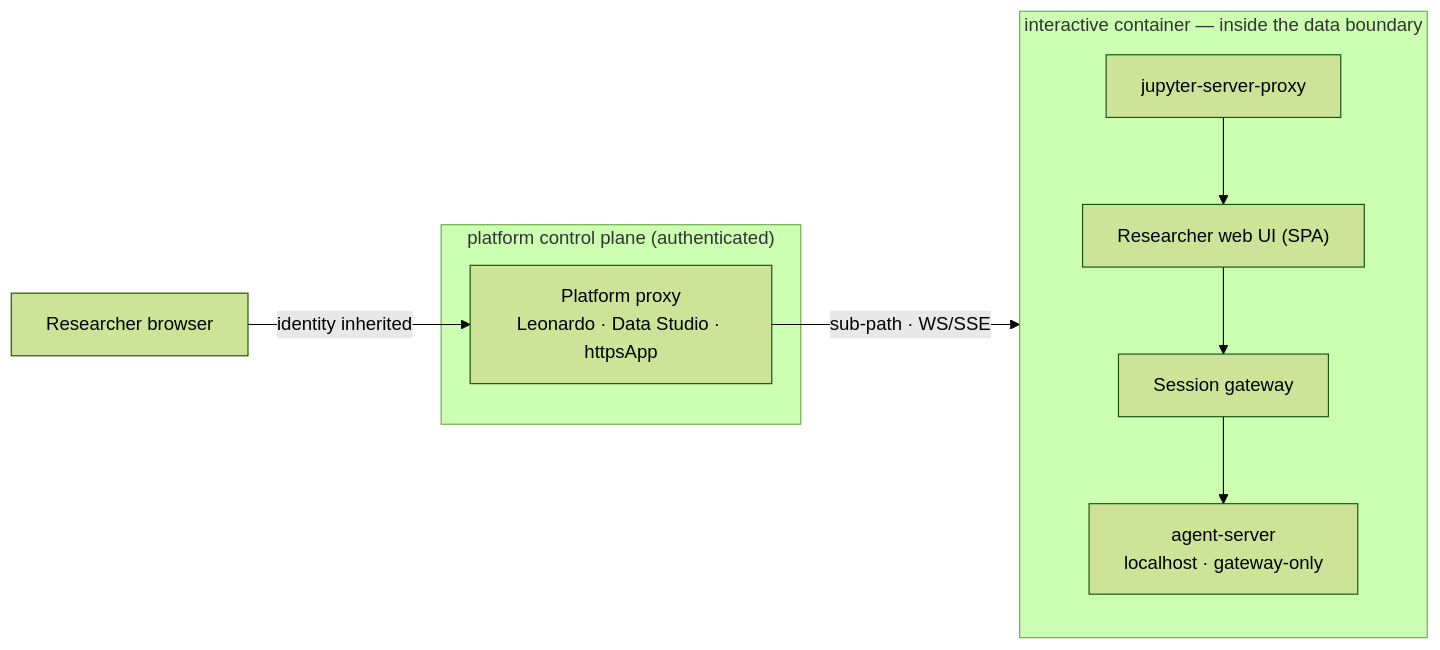
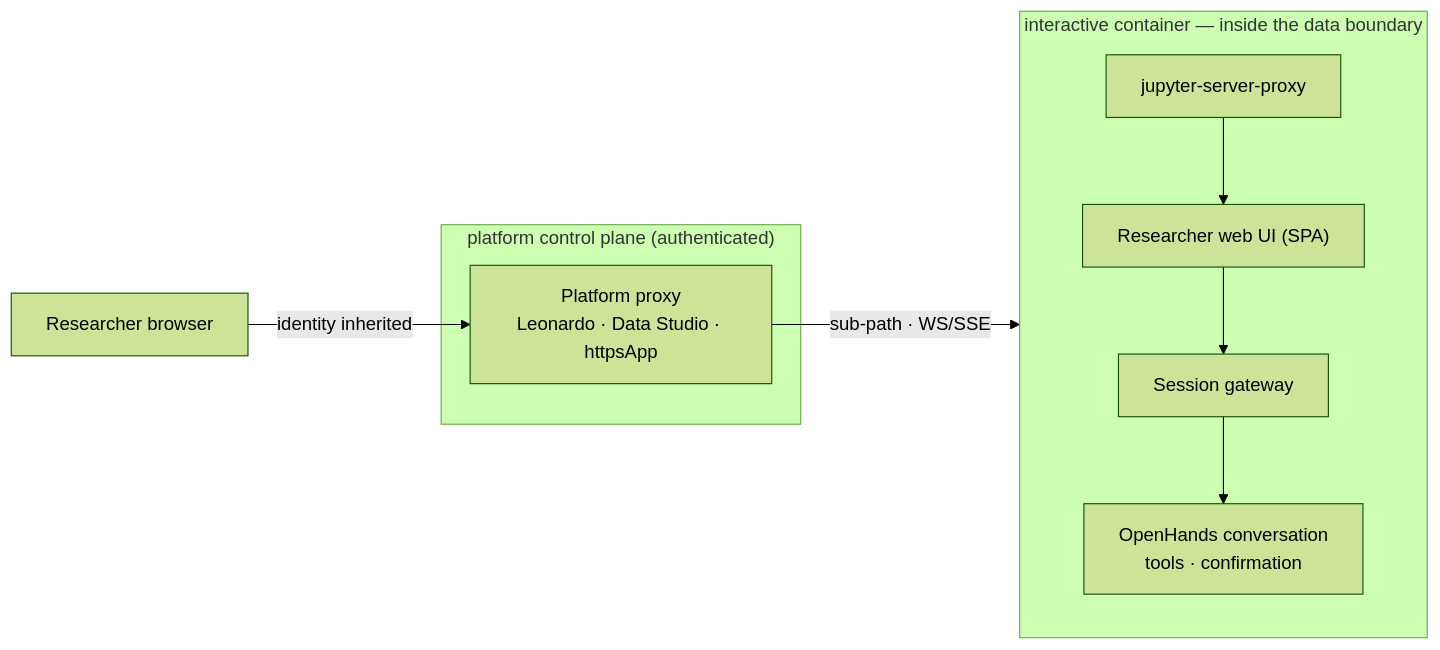
The diagram in design/02-platforms.md (SchmiedmayerLab/heartwood), drawn with Mermaid (forest theme) before and after one commit. The commit also changed other lines of this file and 131 other files, not shown here.

````diff
--- a/design/02-platforms.md
+++ b/design/02-platforms.md
@@ -51,19 +57,19 @@
 ```mermaid
 flowchart LR
     B["Researcher browser"]
     subgraph CP["platform control plane (authenticated)"]
         PROXY["Platform proxy<br/>Leonardo · Data Studio · httpsApp"]
     end
     subgraph VM["interactive container — inside the data boundary"]
         direction TB
         JSP["jupyter-server-proxy"]
         UI["Researcher web UI (SPA)"]
         GW["Session gateway"]
-        AS["agent-server<br/>localhost · gateway-only"]
+        AS["OpenHands conversation<br/>tools · confirmation"]
         JSP --> UI
         UI --> GW
         GW --> AS
     end
     B -->|identity inherited| PROXY
     PROXY -->|sub-path · WS/SSE| JSP
 ```
````
